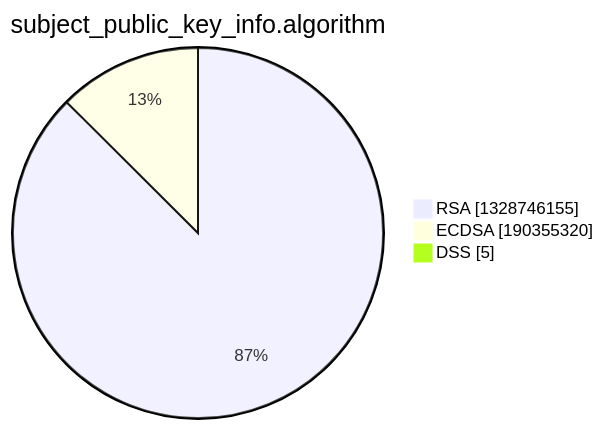
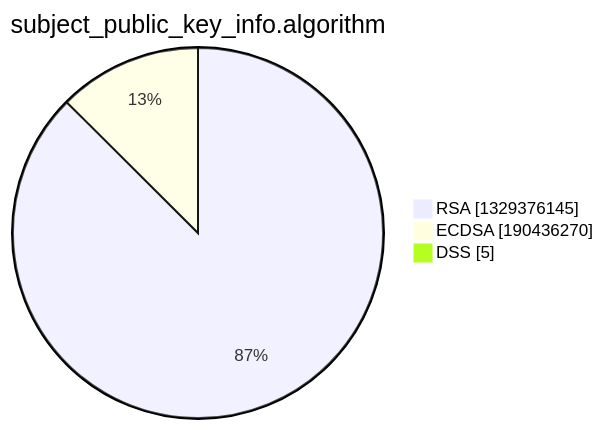
One commit to christiankrug/ctmonitor_visualization changed the third of 15 diagrams in xenon2022/README.md. Above: the diagram before and after it, drawn with Mermaid. The commit also changed other lines of this file, not shown here.

````diff
--- a/xenon2022/README.md
+++ b/xenon2022/README.md
@@ -14,7 +14,7 @@
 ```mermaid
 pie showData
 title subject_public_key_info.algorithm
-"RSA" :1328746155
-"ECDSA" :190355320
+"RSA" :1329376145
+"ECDSA" :190436270
 "DSS" :5
 ```
````
